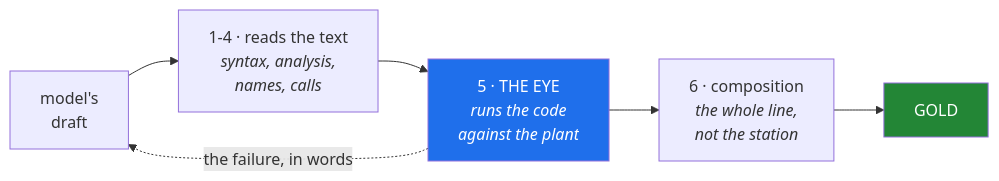
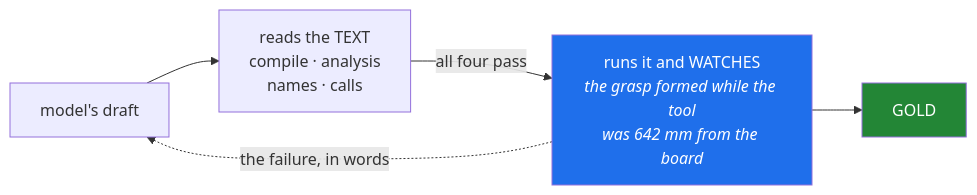
The second of 3 diagrams in docs/PRESENTATION_UTKAST.md (antonbj3/VC_Assist), drawn with Mermaid before and after one commit. The commit also changed other lines of this file, not shown here.

````diff
--- a/docs/PRESENTATION_UTKAST.md
+++ b/docs/PRESENTATION_UTKAST.md
@@ -69,11 +71,10 @@
 ```mermaid
 flowchart LR
-    M["model's<br/>draft"] --> T["1-4 · reads the text<br/><i>syntax, analysis,<br/>names, calls</i>"]
-    T --> O["5 · THE EYE<br/><i>runs the code<br/>against the plant</i>"]
-    O --> K["6 · composition<br/><i>the whole line,<br/>not the station</i>"]
-    K --> G["GOLD"]
+    M["model's draft"] --> T["reads the TEXT<br/>compile · analysis<br/>names · calls"]
+    T -->|"all four pass"| O["runs it and WATCHES<br/><i>the grasp formed while the tool<br/>was 642 mm from the board</i>"]
     O -.->|"the failure, in words"| M
+    O --> G["GOLD"]
 
     style O fill:#1f6feb,color:#fff
     style G fill:#238636,color:#fff
 ```
````
